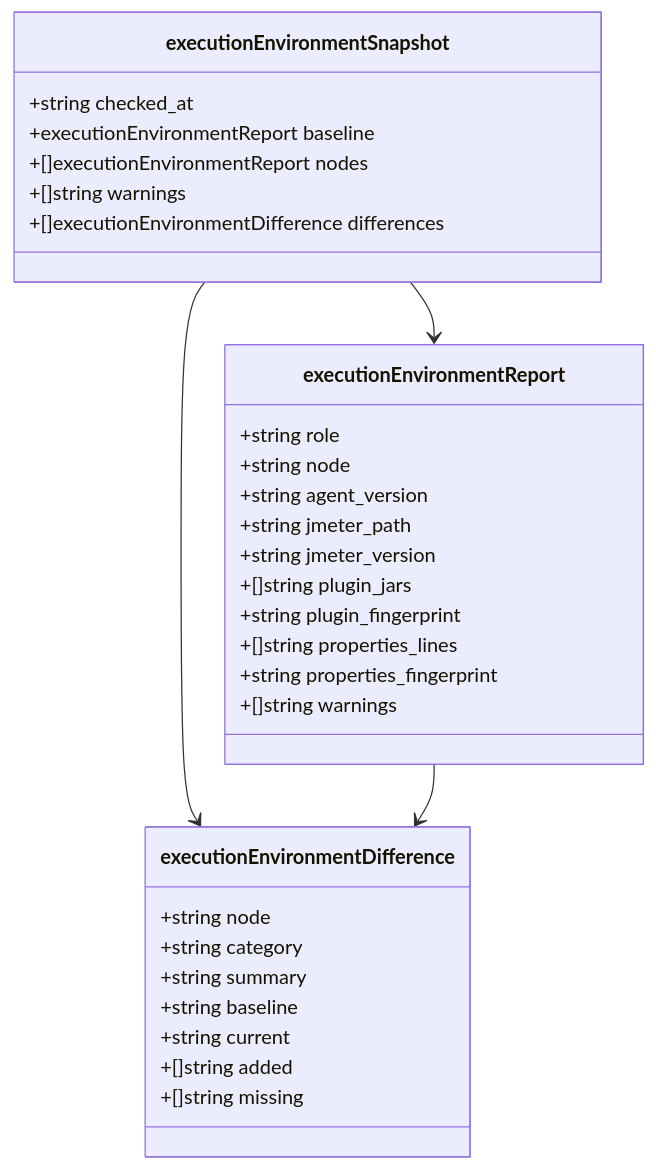
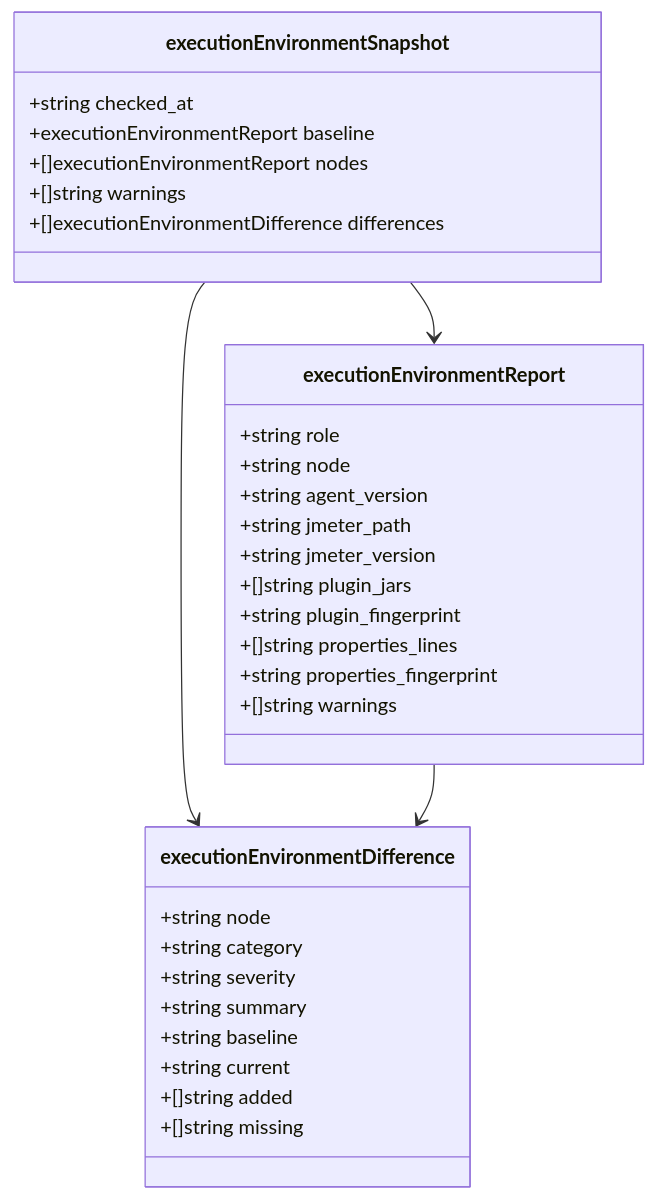
One commit to Liyuhao02/Jmeter-Admin changed the fifth of 11 diagrams in .qoder/repowiki/zh/content/核心业务模块/执行诊断系统.md. Above: the diagram before and after it, drawn with Mermaid. The commit also changed other lines of this file and 13 other files, not shown here.

````diff
--- a/.qoder/repowiki/zh/content/核心业务模块/执行诊断系统.md
+++ b/.qoder/repowiki/zh/content/核心业务模块/执行诊断系统.md
@@ -227,34 +227,35 @@
 ```mermaid
 classDiagram
 class executionEnvironmentSnapshot {
 +string checked_at
 +executionEnvironmentReport baseline
 +[]executionEnvironmentReport nodes
 +[]string warnings
 +[]executionEnvironmentDifference differences
 }
 class executionEnvironmentReport {
 +string role
 +string node
 +string agent_version
 +string jmeter_path
 +string jmeter_version
 +[]string plugin_jars
 +string plugin_fingerprint
 +[]string properties_lines
 +string properties_fingerprint
 +[]string warnings
 }
 class executionEnvironmentDifference {
 +string node
 +string category
++string severity
 +string summary
 +string baseline
 +string current
 +[]string added
 +[]string missing
 }
 executionEnvironmentSnapshot --> executionEnvironmentReport
 executionEnvironmentSnapshot --> executionEnvironmentDifference
 executionEnvironmentReport --> executionEnvironmentDifference
 ```
````
